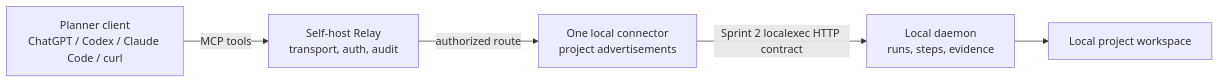
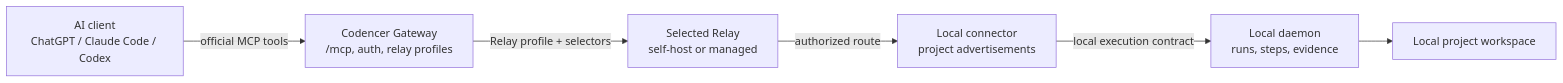
The diagram in docs/architecture/mcp-gateway-model.md (lookmanrays/codencer), drawn with Mermaid before and after one commit. The commit also changed other lines of this file and 46 other files, not shown here.

Commit message:
Implement official MCP gateway MVP

````diff
--- a/docs/architecture/mcp-gateway-model.md
+++ b/docs/architecture/mcp-gateway-model.md
@@ -7,13 +15,15 @@
 ```mermaid
 flowchart LR
-  Planner["Planner client\nChatGPT / Codex / Claude Code / curl"]
-  Relay["Self-host Relay\ntransport, auth, audit"]
-  Connector["One local connector\nproject advertisements"]
+  Client["AI client\nChatGPT / Claude Code / Codex"]
+  Gateway["Codencer Gateway\n/mcp, auth, relay profiles"]
+  Relay["Selected Relay\nself-host or managed"]
+  Connector["Local connector\nproject advertisements"]
   Daemon["Local daemon\nruns, steps, evidence"]
   Repo["Local project workspace"]
 
-  Planner -->|MCP tools| Relay
+  Client -->|official MCP tools| Gateway
+  Gateway -->|Relay profile + selectors| Relay
   Relay -->|authorized route| Connector
-  Connector -->|Sprint 2 localexec HTTP contract| Daemon
+  Connector -->|local execution contract| Daemon
   Daemon --> Repo
 ```
````
